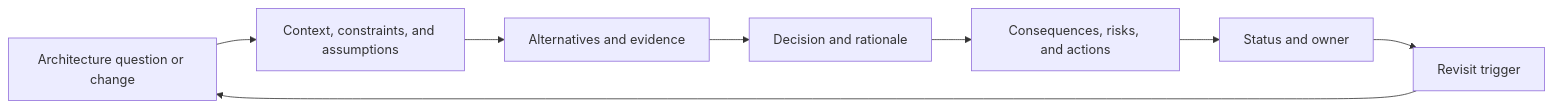
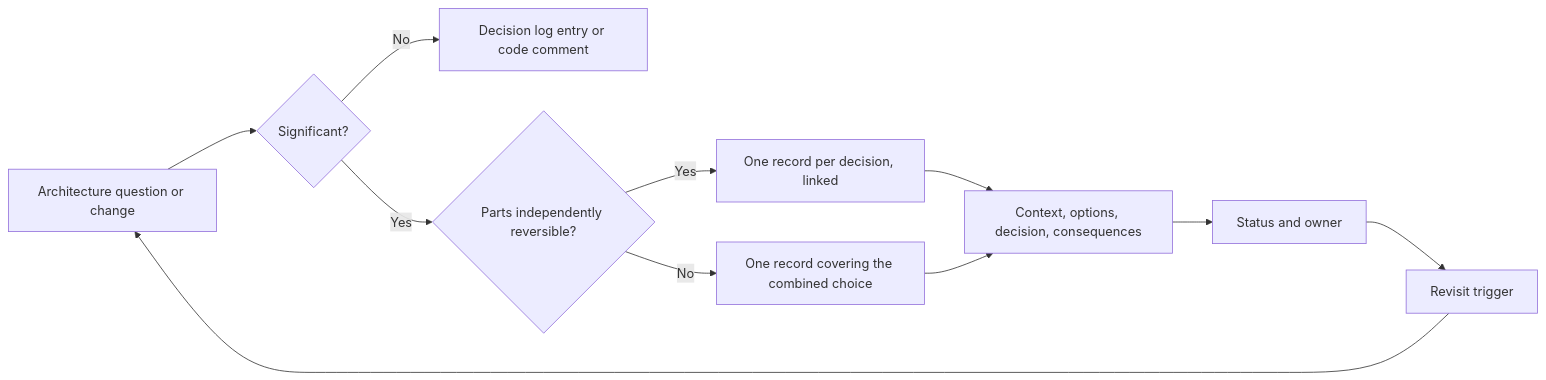
Before and after one commit to joydasss/Architect: the third of 13 diagrams in 21_Architecture_Documentation/CH03_ADR_Architecture_Decision_Record.md, drawn with Mermaid. The commit also changed other lines of this file and 22 other files, not shown here.

Commit message:
Architecture changes

````diff
--- a/21_Architecture_Documentation/CH03_ADR_Architecture_Decision_Record.md
+++ b/21_Architecture_Documentation/CH03_ADR_Architecture_Decision_Record.md
@@ -11,10 +226,13 @@
 ```mermaid
 flowchart LR
-    Trigger[Architecture question or change] --> Context[Context, constraints, and assumptions]
-    Context --> Options[Alternatives and evidence]
-    Options --> Choice[Decision and rationale]
-    Choice --> Consequences[Consequences, risks, and actions]
-    Consequences --> Status[Status and owner]
-    Status --> Review[Revisit trigger]
+    Trigger[Architecture question or change] --> Sig{"Significant?"}
+    Sig -- "No" --> Log["Decision log entry or code comment"]
+    Sig -- "Yes" --> Ind{"Parts independently reversible?"}
+    Ind -- "Yes" --> Split["One record per decision, linked"]
+    Ind -- "No" --> One["One record covering the combined choice"]
+    Split --> Write["Context, options, decision, consequences"]
+    One --> Write
+    Write --> Status["Status and owner"]
+    Status --> Review["Revisit trigger"]
     Review --> Trigger
 ```
````
